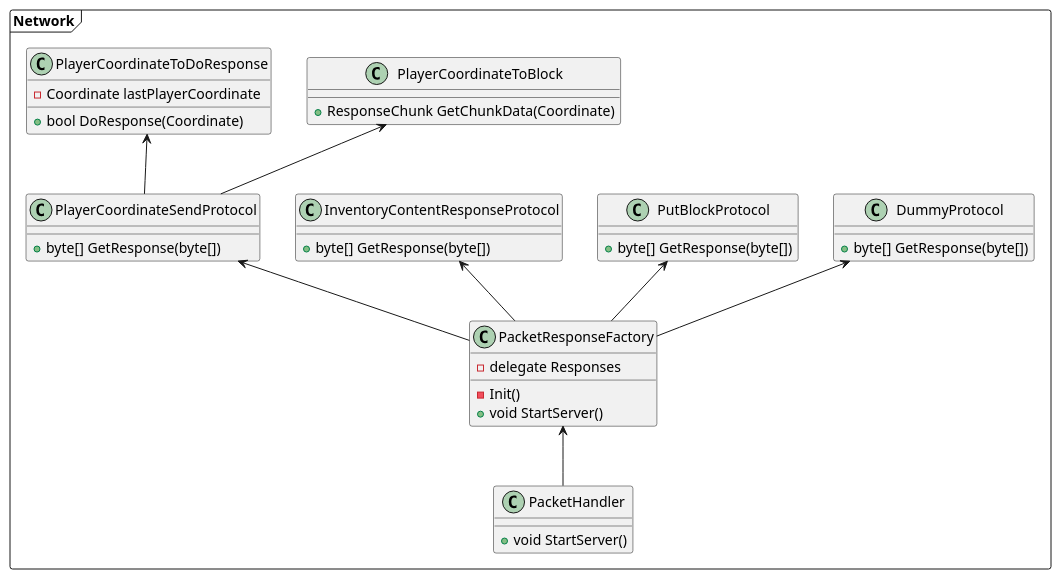
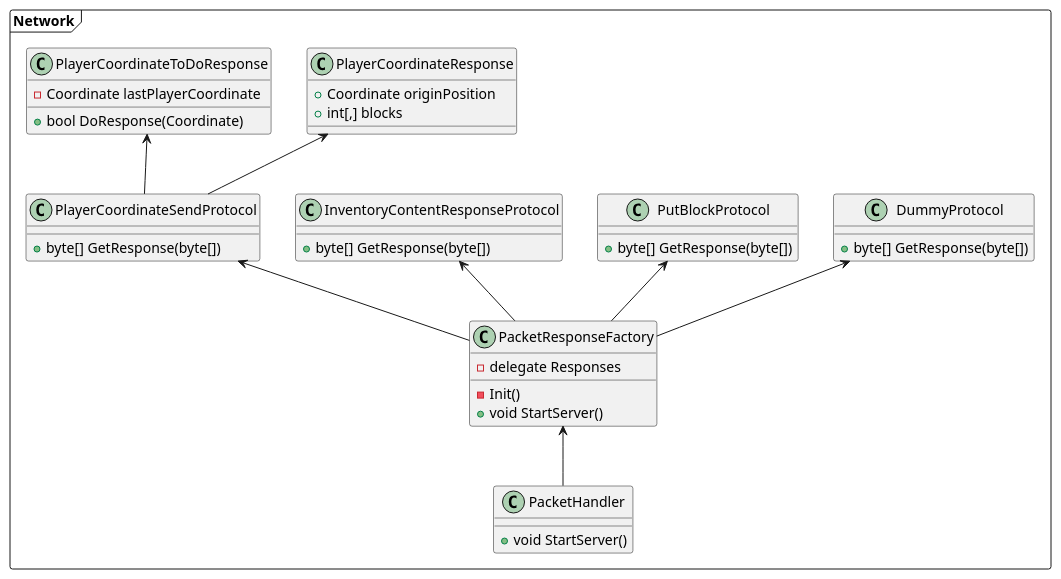
The diagram in class diagram.puml (moorestech/moorestech), drawn with PlantUML before and after one commit. The commit also changed 2 other files, not shown here.

```diff
--- a/class diagram.puml
+++ b/class diagram.puml
@@ -1,40 +1,41 @@
 @startuml
 
 package Network <<Frame>> {
   PacketResponseFactory <-- PacketHandler
   DummyProtocol <-- PacketResponseFactory
   PutBlockProtocol <-- PacketResponseFactory
   PlayerCoordinateSendProtocol <-- PacketResponseFactory
   InventoryContentResponseProtocol <-- PacketResponseFactory
-  PlayerCoordinateToBlock <-- PlayerCoordinateSendProtocol
+  PlayerCoordinateResponse <-- PlayerCoordinateSendProtocol
   PlayerCoordinateToDoResponse <-- PlayerCoordinateSendProtocol
   class PacketHandler{
     + void StartServer()
   }
   class PacketResponseFactory{
     - delegate Responses
     - Init() 
     + void StartServer()
   }
   class DummyProtocol{
     + byte[] GetResponse(byte[])
   }
   class PutBlockProtocol{
     + byte[] GetResponse(byte[])
   }
   class PlayerCoordinateSendProtocol{
     + byte[] GetResponse(byte[])
   }
   class PlayerCoordinateToDoResponse{
     - Coordinate lastPlayerCoordinate
     + bool DoResponse(Coordinate)
   }
-  class PlayerCoordinateToBlock{
-    + ResponseChunk GetChunkData(Coordinate)
+  class PlayerCoordinateResponse{
+    + Coordinate originPosition
+    + int[,] blocks
   }
   class InventoryContentResponseProtocol{
     + byte[] GetResponse(byte[])
   }
 }
 
 @enduml
```
